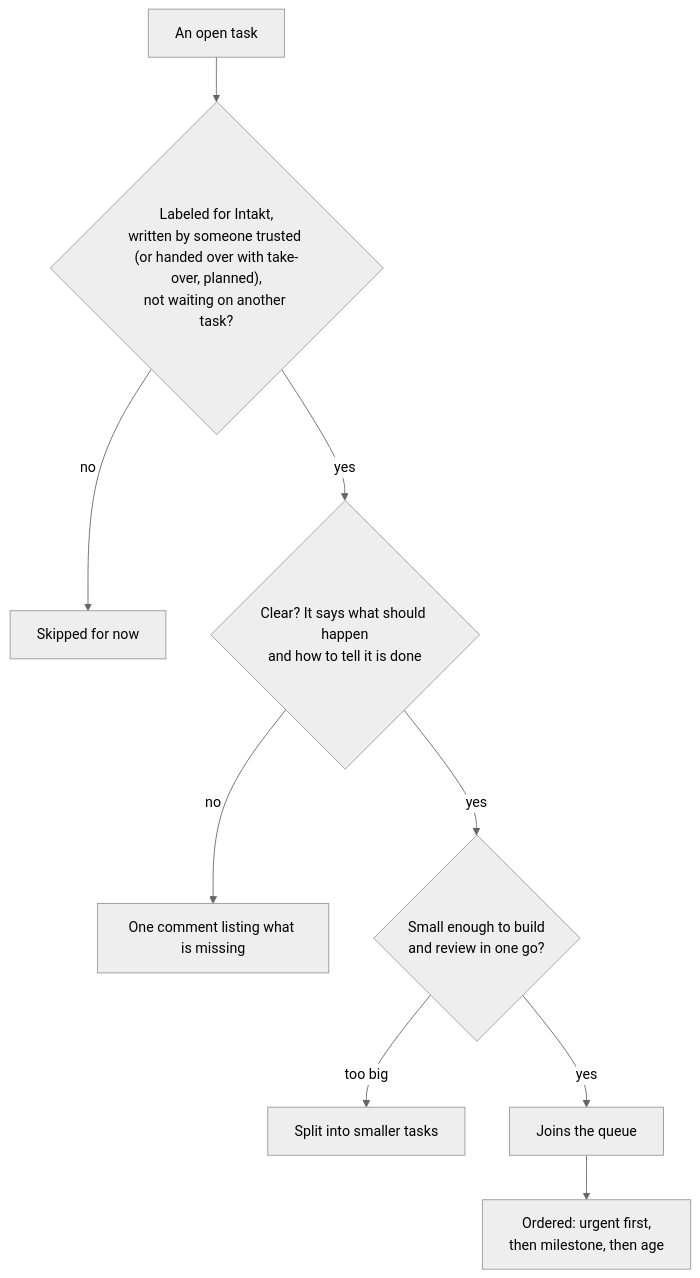
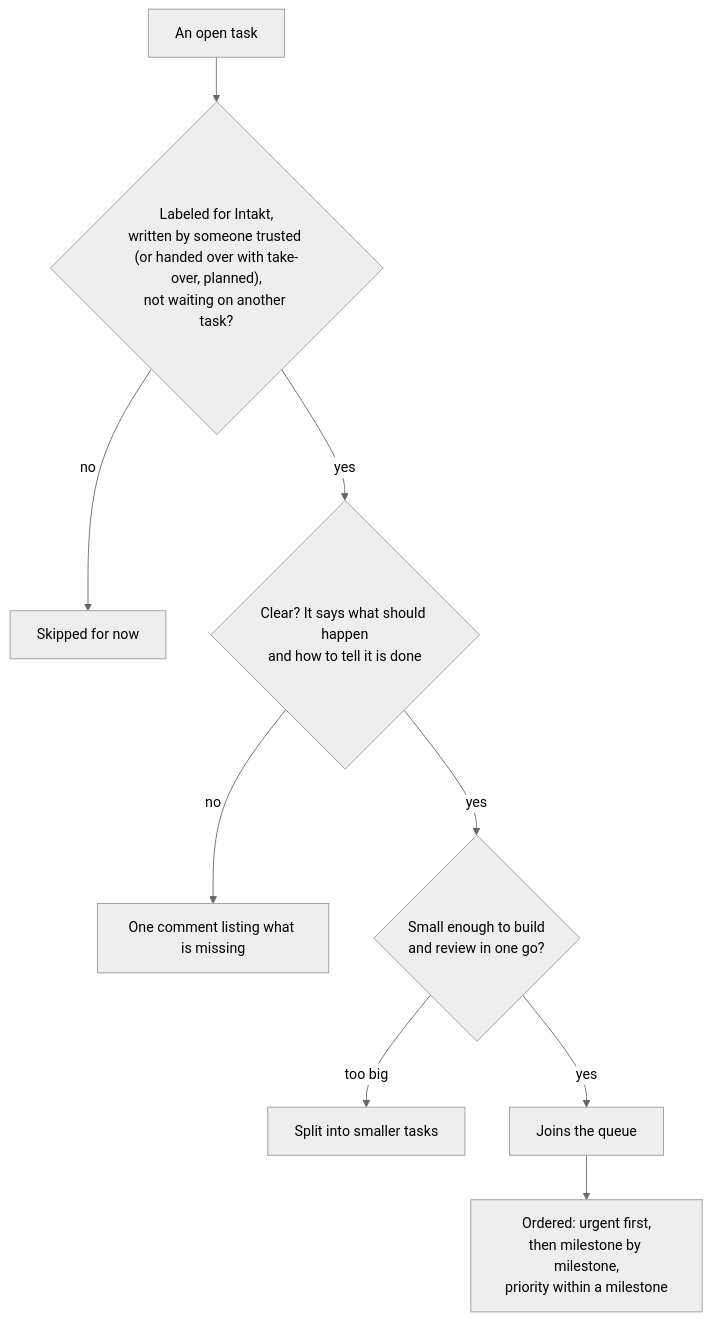
Before and after one commit to shinyredapples/intakt: the second of 5 diagrams in docs/guide/the-journey-of-a-task.md, drawn with Mermaid (neutral theme). The commit also changed other lines of this file and 5 other files, not shown here.

Commit message:
docs(design): pick work milestone by milestone, urgent first

````diff
--- a/docs/guide/the-journey-of-a-task.md
+++ b/docs/guide/the-journey-of-a-task.md
@@ -20,11 +20,11 @@
 ```mermaid
 flowchart TD
   t[An open task] --> e{"Labeled for Intakt,<br/>written by someone trusted (or handed over with take-over, planned),<br/>not waiting on another task?"}
   e -- no --> skip[Skipped for now]
   e -- yes --> r{Clear? It says what should happen<br/>and how to tell it is done}
   r -- no --> ask[One comment listing what is missing]
   r -- yes --> s{Small enough to build<br/>and review in one go?}
   s -- too big --> split[Split into smaller tasks]
   s -- yes --> q[Joins the queue]
-  q --> order[Ordered: urgent first,<br/>then milestone, then age]
+  q --> order[Ordered: urgent first,<br/>then milestone by milestone,<br/>priority within a milestone]
 ```
````
